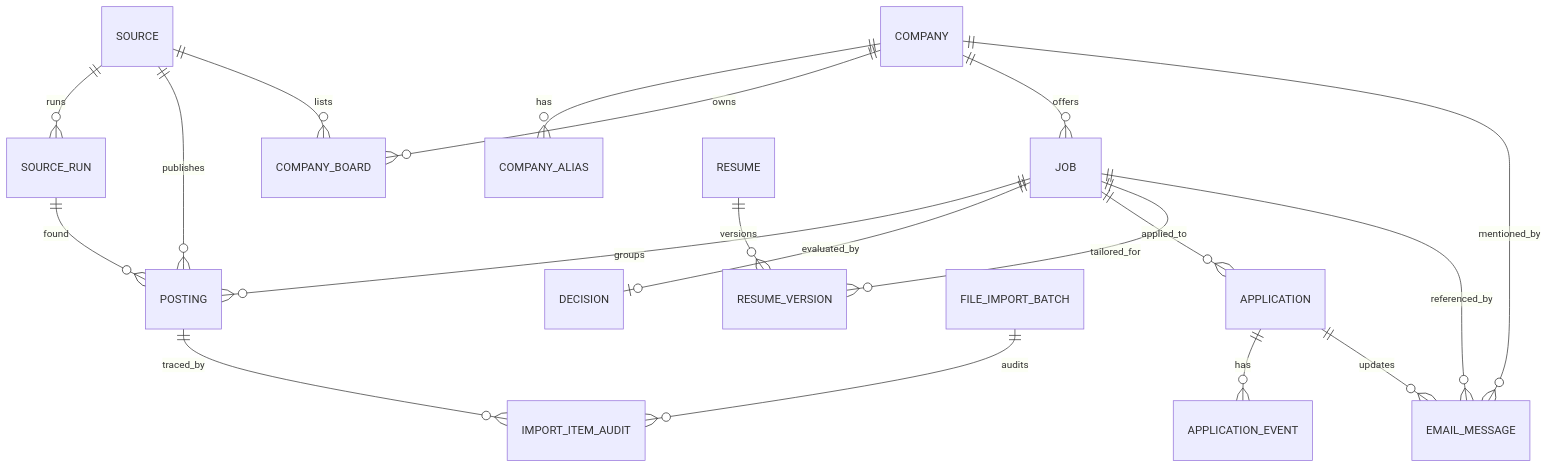
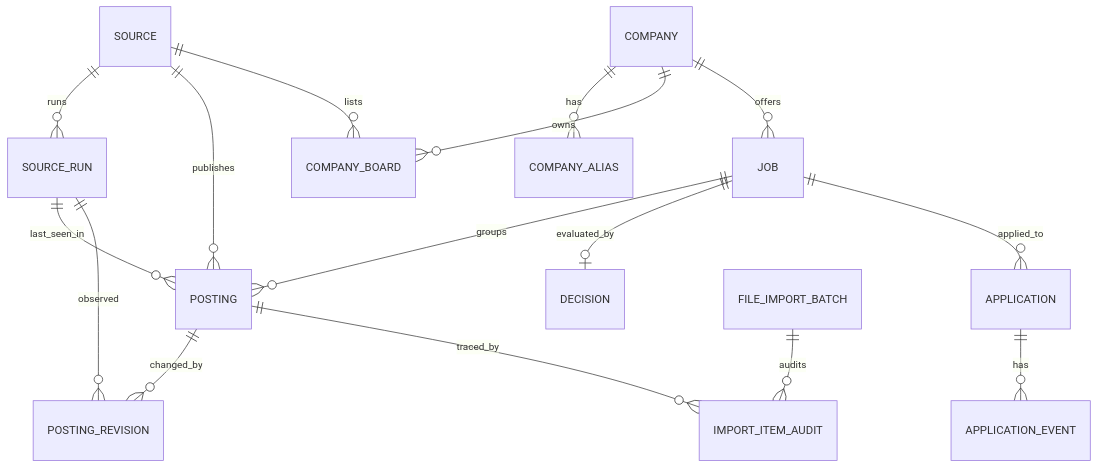
One commit to Islayder/JobSearch changed the diagram in docs/data-model.md. Above: the diagram before and after it, drawn with Mermaid. The commit also changed other lines of this file and 67 other files, not shown here.

````diff
--- a/docs/data-model.md
+++ b/docs/data-model.md
@@ -9,21 +9,18 @@
 ```mermaid
 erDiagram
     SOURCE ||--o{ SOURCE_RUN : runs
     SOURCE ||--o{ POSTING : publishes
     SOURCE ||--o{ COMPANY_BOARD : lists
-    SOURCE_RUN ||--o{ POSTING : found
+    SOURCE_RUN ||--o{ POSTING : last_seen_in
+    SOURCE_RUN ||--o{ POSTING_REVISION : observed
     COMPANY ||--o{ COMPANY_ALIAS : has
     COMPANY ||--o{ COMPANY_BOARD : owns
     COMPANY ||--o{ JOB : offers
     JOB ||--o{ POSTING : groups
+    POSTING ||--o{ POSTING_REVISION : changed_by
     JOB ||--o| DECISION : evaluated_by
     JOB ||--o{ APPLICATION : applied_to
     APPLICATION ||--o{ APPLICATION_EVENT : has
     FILE_IMPORT_BATCH ||--o{ IMPORT_ITEM_AUDIT : audits
     POSTING ||--o{ IMPORT_ITEM_AUDIT : traced_by
-    RESUME ||--o{ RESUME_VERSION : versions
-    JOB ||--o{ RESUME_VERSION : tailored_for
-    COMPANY ||--o{ EMAIL_MESSAGE : mentioned_by
-    JOB ||--o{ EMAIL_MESSAGE : referenced_by
-    APPLICATION ||--o{ EMAIL_MESSAGE : updates
 ```
````
